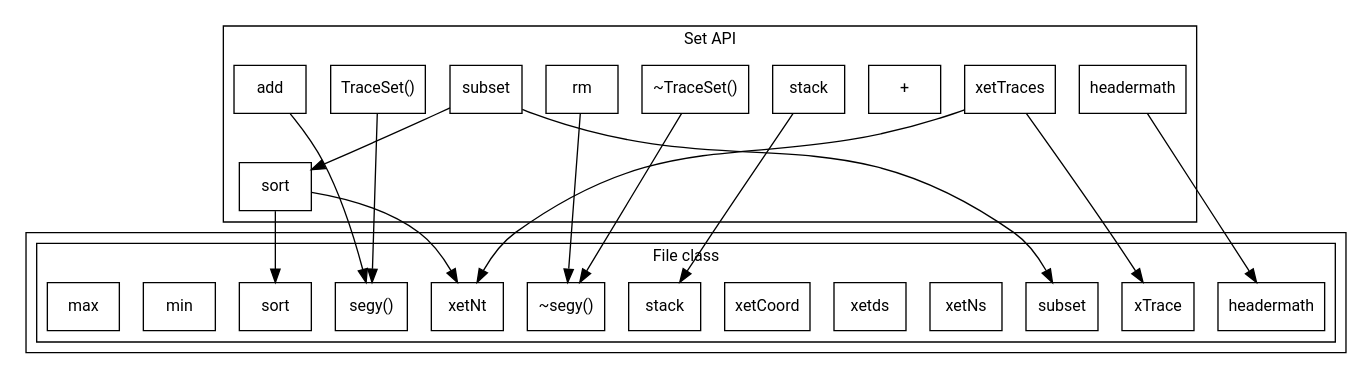
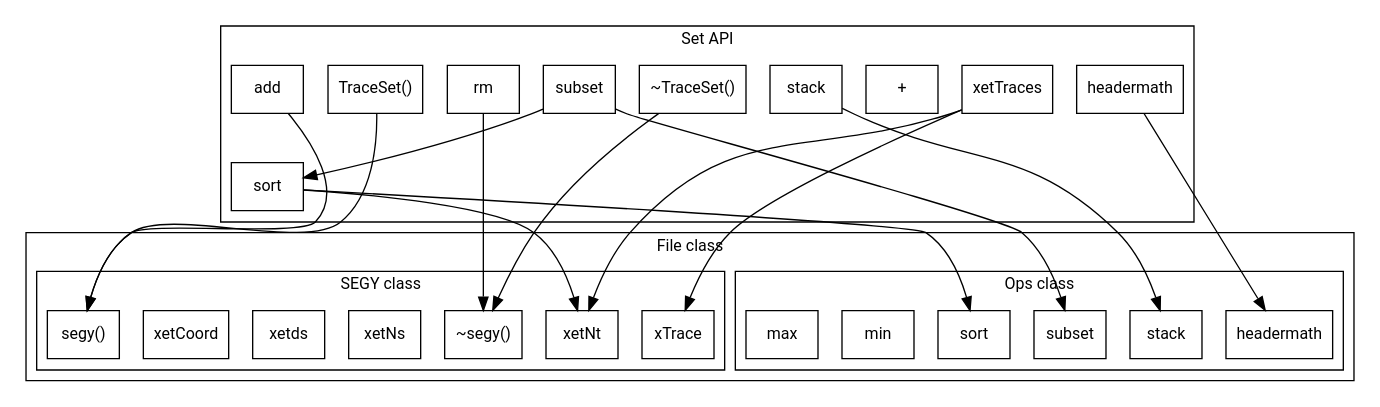
The diagram in doc/architecture/SetLayer.dot (ICHEC/ExSeisDat), drawn with Graphviz before and after one commit. The commit also changed 3 other files, not shown here.

Commit message:
Progress on architecture. Install graphviz and type make to generate the svg schematics

```diff
--- a/doc/architecture/SetLayer.dot
+++ b/doc/architecture/SetLayer.dot
@@ -1,97 +1,99 @@
 digraph G
 {
      fontname = "Roboto"
      fontsize = 12
      node
      [
          fontname = "Roboto"
          fontsize = 12
          shape = "record"
      ]
      edge
      [
          fontname = "Roboto"
          fontsize = 12
      ]
 
-    subgraph clusterTrace
+    subgraph clusterFileClass
     {
-        subgraph clusterFileClass
+        label = "File class"
+        subgraph clusterSEGYClass
         {
-            label = "File class"
+            label = "SEGY class"
             con [ label = "segy()" ]
             des [ label = "~segy()" ]
 
             subgraph ho
             {
                 Nt [ label = "{xetNt}" ]
                 Ns [ label = "{xetNs}" ]
                 Ds [ label = "{xetds}" ]
             }
             subgraph do
             {
                 Coord [ label = "{xetCoord}" ]
                 ftrace [ label = "{xTrace}" ]
             }
-            subgraph ops
-            { 
-                opsubset [ label = "{subset}" ]
-                opsort [ label = "sort" ]
-                opstack [ label = "stack" ]
-                ophm [ label = "headermath" ]
-                opmin [ label = "min" ]
-                opmax [ label = "max" ]
-            }
+        }
+        subgraph clusterOps
+        { 
+            label = "Ops class"
+            opsubset [ label = "{subset}" ]
+            opsort [ label = "sort" ]
+            opstack [ label = "stack" ]
+            ophm [ label = "headermath" ]
+            opmin [ label = "min" ]
+            opmax [ label = "max" ]
         }
     }
     subgraph clusterSet
     {
         label = "Set API"
         set [ label = "TraceSet()" ]
         dset [ label = "~TraceSet()" ]
 
         overloadplus [ label = "{+}" ]     //add set (overload)
 //        overloadminus [ label = "{-}" ]    //Remove set (overload). Would you ever want this?
 
         subgraph sop
         {
             add [ label = "{add}" ]
             rm [ label = "{rm}" ]
             sort [ label = "sort" ]
             stack [ label = "stack" ]
             subset [ label = "{subset}" ]
             trace [ label = "xetTraces" ]
             hm [ label = "headermath" ]
         }
     }
 //Constructors
     set -> con
 //Destructors
     dset -> des 
 //Add
     add -> con
 //rm
     rm -> des
 //sort
     sort -> opsort
     sort -> Nt
 //stack
     stack -> opstack
 //subset
     subset -> opsubset
     subset -> sort
 //trace
     trace -> Nt
     trace -> ftrace
 //hm
     hm -> ophm
 
     subgraph clusterExSeisPIOL
     {
         label = ""
     }
 
 
 //Set overload
 //    overloadplus -> add
 }
```
